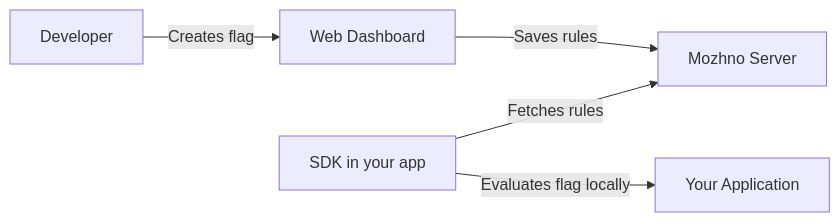
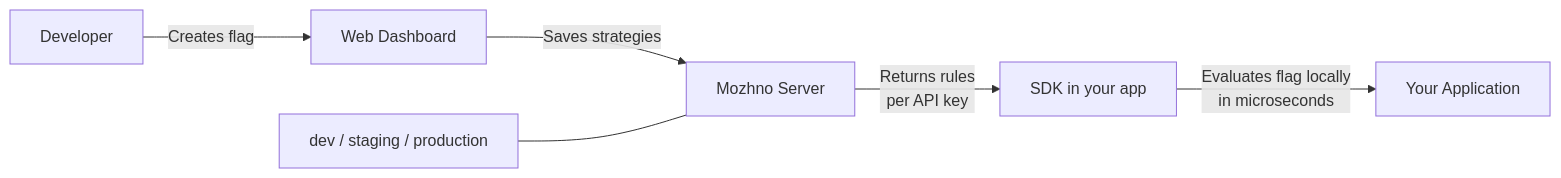
One commit to edgar-dev20/mozhno changed the diagram in docs/en/guide/getting-started.md. Above: the diagram before and after it, drawn with Mermaid. The commit also changed other lines of this file and 9 other files, not shown here.

Commit message:
docs: close 5 UX gaps — api-key step in quick-start, mental model in overview, RELEASE vs KILLSWITCH table, full lifecycle diagram

````diff
--- a/docs/en/guide/getting-started.md
+++ b/docs/en/guide/getting-started.md
@@ -15,7 +15,8 @@
 ```mermaid
 graph LR
     A[Developer] -->|Creates flag| B[Web Dashboard]
-    B -->|Saves rules| C[Mozhno Server]
-    D[SDK in your app] -->|Fetches rules| C
-    D -->|Evaluates flag locally| E[Your Application]
+    B -->|Saves strategies| C[Mozhno Server]
+    C -->|Returns rules<br/>per API key| D[SDK in your app]
+    D -->|Evaluates flag locally<br/>in microseconds| E[Your Application]
+    F[dev / staging / production] --- C
 ```
````
